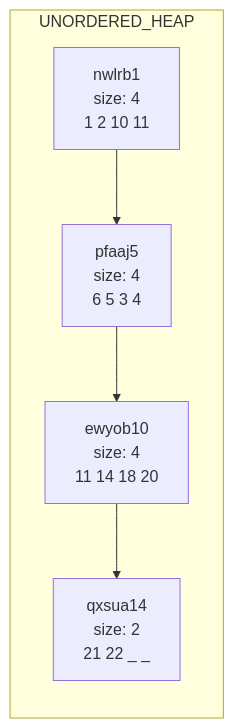
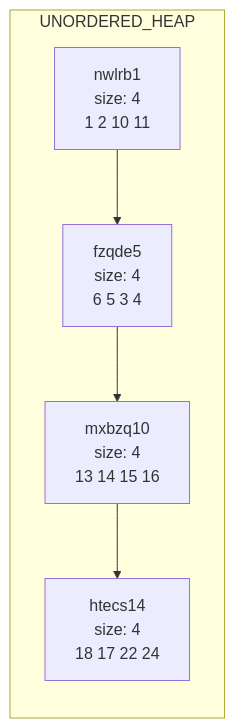
One commit to shiridikumar/phase1_dup changed the second of 2 diagrams in data/chart.md. Above: the diagram before and after it, drawn with Mermaid. The commit also changed other lines of this file and 34 other files, not shown here.

````diff
--- a/data/chart.md
+++ b/data/chart.md
@@ -27,12 +35,12 @@
 ```mermaid
 graph LR
 subgraph UNORDERED_HEAP
 nwlrb1[nwlrb1<br/>size: 4<br/>1 2 10 11 ]
-pfaaj5[pfaaj5<br/>size: 4<br/>6 5 3 4 ]
-nwlrb1-->pfaaj5
-ewyob10[ewyob10<br/>size: 4<br/>11 14 18 20 ]
-pfaaj5-->ewyob10
-qxsua14[qxsua14<br/>size: 2<br/>21 22 _ _ ]
-ewyob10-->qxsua14
+fzqde5[fzqde5<br/>size: 4<br/>6 5 3 4 ]
+nwlrb1-->fzqde5
+mxbzq10[mxbzq10<br/>size: 4<br/>13 14 15 16 ]
+fzqde5-->mxbzq10
+htecs14[htecs14<br/>size: 4<br/>18 17 22 24 ]
+mxbzq10-->htecs14
 end
 ```
````
